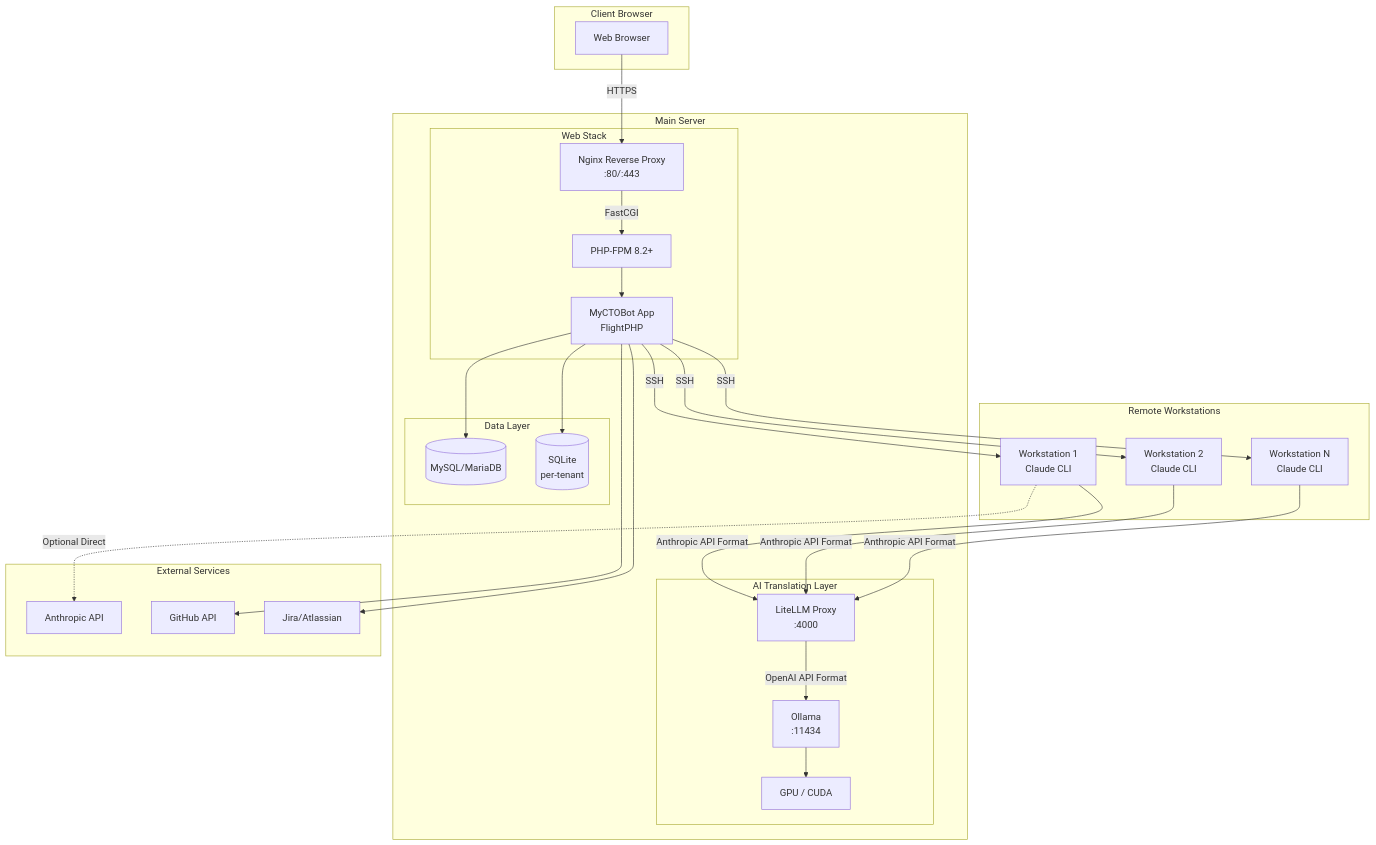
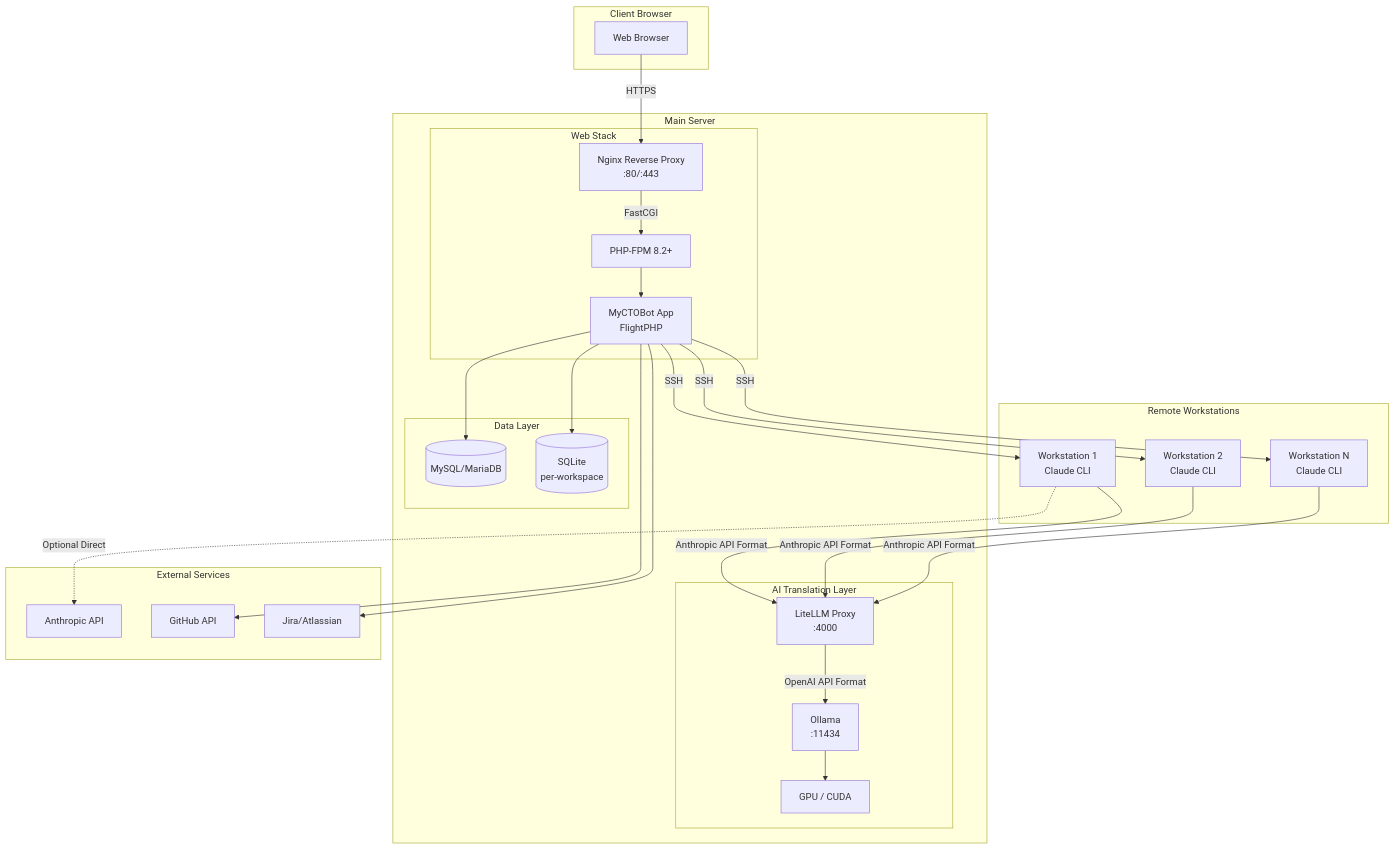
Before and after one commit to mfrederico/myctobot: the first of 3 diagrams in INSTALL_INFRASTRUCTURE.md, drawn with Mermaid. The commit also changed 114 other files, not shown here.

First line of the commit message:
Refactor tenant terminology to workspace across codebase

````diff
--- a/INSTALL_INFRASTRUCTURE.md
+++ b/INSTALL_INFRASTRUCTURE.md
@@ -7,56 +7,56 @@
 ```mermaid
 flowchart TB
     subgraph Client["Client Browser"]
         Browser[Web Browser]
     end
 
     subgraph MainServer["Main Server"]
         subgraph WebStack["Web Stack"]
             Nginx[Nginx Reverse Proxy<br/>:80/:443]
             PHP[PHP-FPM 8.2+]
             App[MyCTOBot App<br/>FlightPHP]
         end
 
         subgraph AIStack["AI Translation Layer"]
             LiteLLM[LiteLLM Proxy<br/>:4000]
             Ollama[Ollama<br/>:11434]
             GPU[GPU / CUDA]
         end
 
         subgraph Data["Data Layer"]
             MySQL[(MySQL/MariaDB)]
-            SQLite[(SQLite<br/>per-tenant)]
+            SQLite[(SQLite<br/>per-workspace)]
         end
     end
 
     subgraph Workstations["Remote Workstations"]
         WS1[Workstation 1<br/>Claude CLI]
         WS2[Workstation 2<br/>Claude CLI]
         WS3[Workstation N<br/>Claude CLI]
     end
 
     subgraph External["External Services"]
         Anthropic[Anthropic API]
         GitHub[GitHub API]
         Jira[Jira/Atlassian]
     end
 
     Browser -->|HTTPS| Nginx
     Nginx -->|FastCGI| PHP
     PHP --> App
     App --> MySQL
     App --> SQLite
     App -->|SSH| WS1
     App -->|SSH| WS2
     App -->|SSH| WS3
 
     WS1 -->|Anthropic API Format| LiteLLM
     WS2 -->|Anthropic API Format| LiteLLM
     WS3 -->|Anthropic API Format| LiteLLM
     LiteLLM -->|OpenAI API Format| Ollama
     Ollama --> GPU
 
     WS1 -.->|Optional Direct| Anthropic
     App --> GitHub
     App --> Jira
 ```
````
